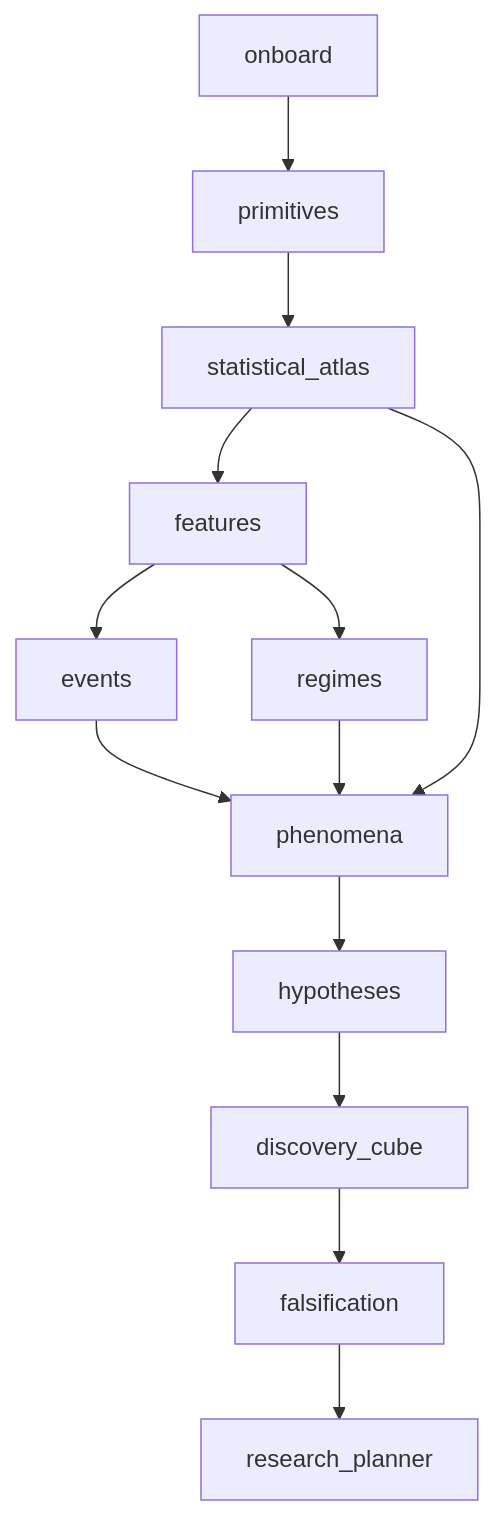
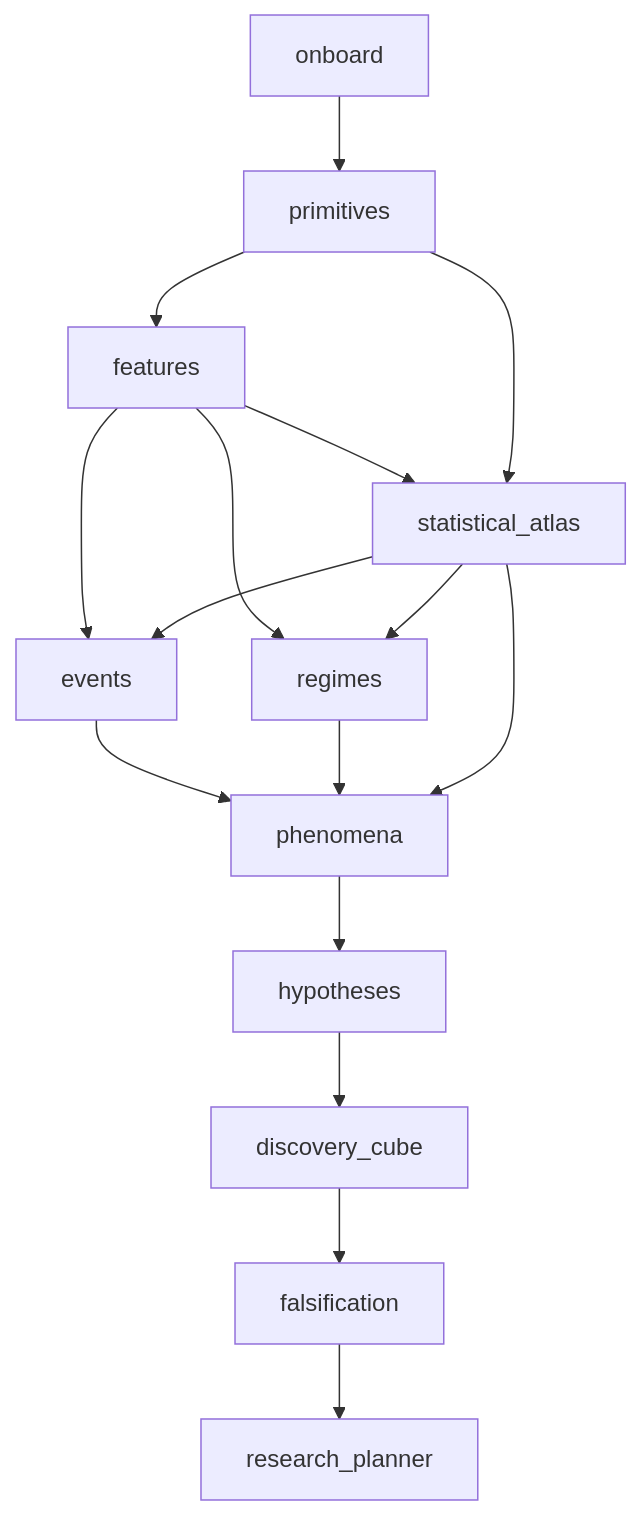
One commit to weekendli/quant_sage changed the diagram in docs/steps/01_workflow_engine/SPEC.md. Above: the diagram before and after it, drawn with Mermaid. The commit also changed other lines of this file and 92 other files, not shown here.

````diff
--- a/docs/steps/01_workflow_engine/SPEC.md
+++ b/docs/steps/01_workflow_engine/SPEC.md
@@ -35,15 +41,18 @@
 ```mermaid
 flowchart TD
     A[onboard] --> B[primitives]
-    B --> C[statistical_atlas]
-    C --> D[features]
+    B --> D[features]
+    D --> C[statistical_atlas]
+    B --> C
     D --> E[events]
     D --> F[regimes]
+    C --> E
+    C --> F
     E --> G[phenomena]
     F --> G
     C --> G
     G --> H[hypotheses]
     H --> I[discovery_cube]
     I --> J[falsification]
     J --> K[research_planner]
 ```
````
